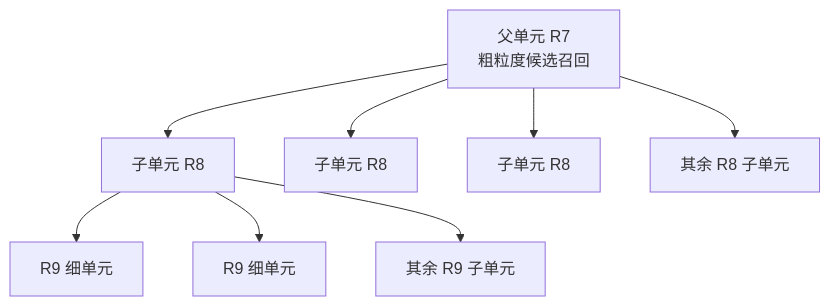
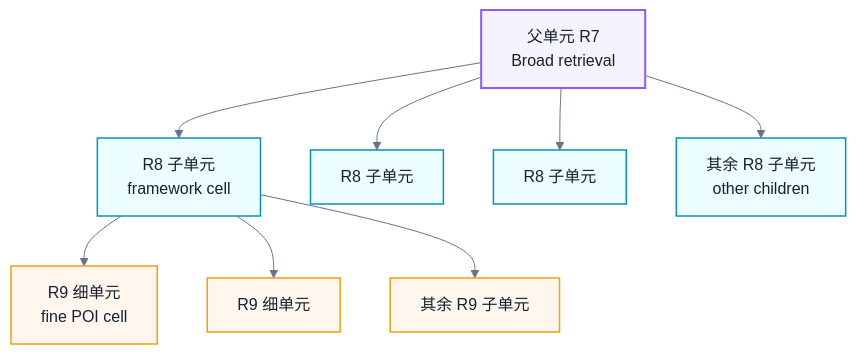
One commit to 3452078359-xuexue/knowledge-graph changed the fourth of 9 diagrams in README.md. Above: the diagram before and after it, drawn with Mermaid. The commit also changed other lines of this file and 1 other file, not shown here.

Commit message:
Add bilingual H3 guide and polished diagrams

````diff
--- a/README.md
+++ b/README.md
@@ -117,10 +156,17 @@
 ```mermaid
+%%{init: {"theme":"base","themeVariables":{"background":"#ffffff","primaryColor":"#eef6ff","primaryTextColor":"#172033","primaryBorderColor":"#3b82f6","lineColor":"#64748b","secondaryColor":"#f5f3ff","tertiaryColor":"#f7fee7","fontFamily":"Arial"}}}%%
 flowchart TD
-    R7[父单元 R7<br/>粗粒度候选召回] --> R8A[子单元 R8]
-    R7 --> R8B[子单元 R8]
-    R7 --> R8C[子单元 R8]
-    R7 --> R8D[其余 R8 子单元]
-    R8A --> R9A[R9 细单元]
+    R7[父单元 R7<br/>Broad retrieval] --> R8A[R8 子单元<br/>framework cell]
+    R7 --> R8B[R8 子单元]
+    R7 --> R8C[R8 子单元]
+    R7 --> R8D[其余 R8 子单元<br/>other children]
+    R8A --> R9A[R9 细单元<br/>fine POI cell]
     R8A --> R9B[R9 细单元]
     R8A --> R9C[其余 R9 子单元]
+    classDef coarse fill:#f5f3ff,stroke:#8b5cf6,color:#172033,stroke-width:2px;
+    classDef framework fill:#ecfeff,stroke:#0891b2,color:#172033,stroke-width:1.5px;
+    classDef fine fill:#fff7ed,stroke:#f59e0b,color:#172033,stroke-width:1.5px;
+    class R7 coarse;
+    class R8A,R8B,R8C,R8D framework;
+    class R9A,R9B,R9C fine;
 ```
````
